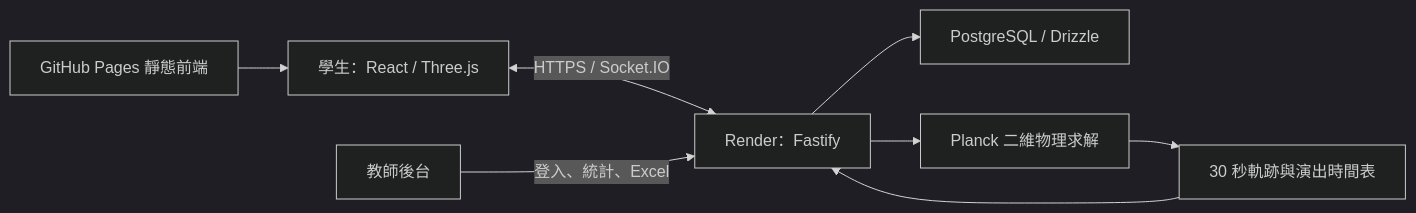
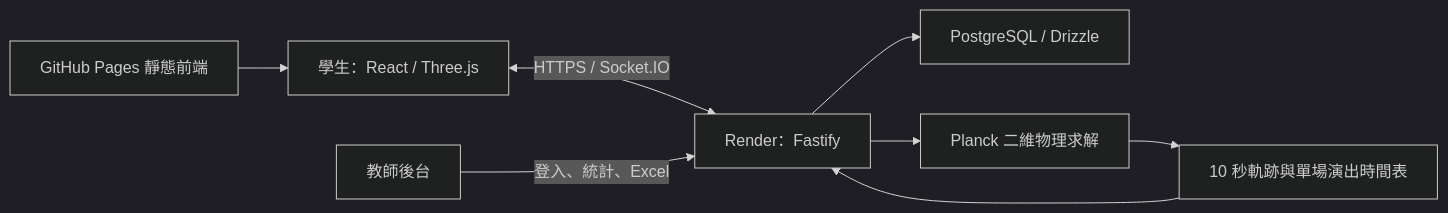
The diagram in README.md (YuenHK/Bayblad-Simulator), drawn with Mermaid (dark theme) before and after one commit. The commit also changed other lines of this file and 33 other files, not shown here.

````diff
--- a/README.md
+++ b/README.md
@@ -58,10 +58,10 @@
 ```mermaid
 flowchart LR
     G[GitHub Pages 靜態前端] --> S[學生：React / Three.js]
     S <-->|HTTPS / Socket.IO| A[Render：Fastify]
     T[教師後台] -->|登入、統計、Excel| A
     A --> D[PostgreSQL / Drizzle]
     A --> P[Planck 二維物理求解]
-    P --> C[30 秒軌跡與演出時間表]
+    P --> C[10 秒軌跡與單場演出時間表]
     C --> A
 ```
````
